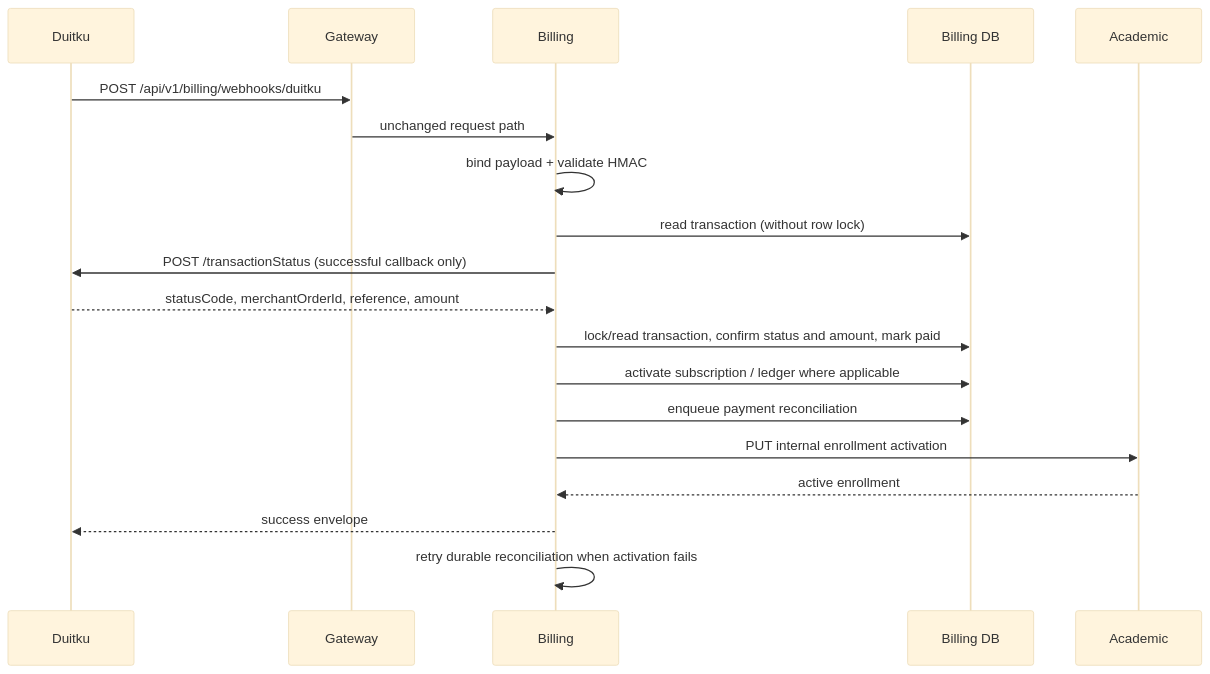
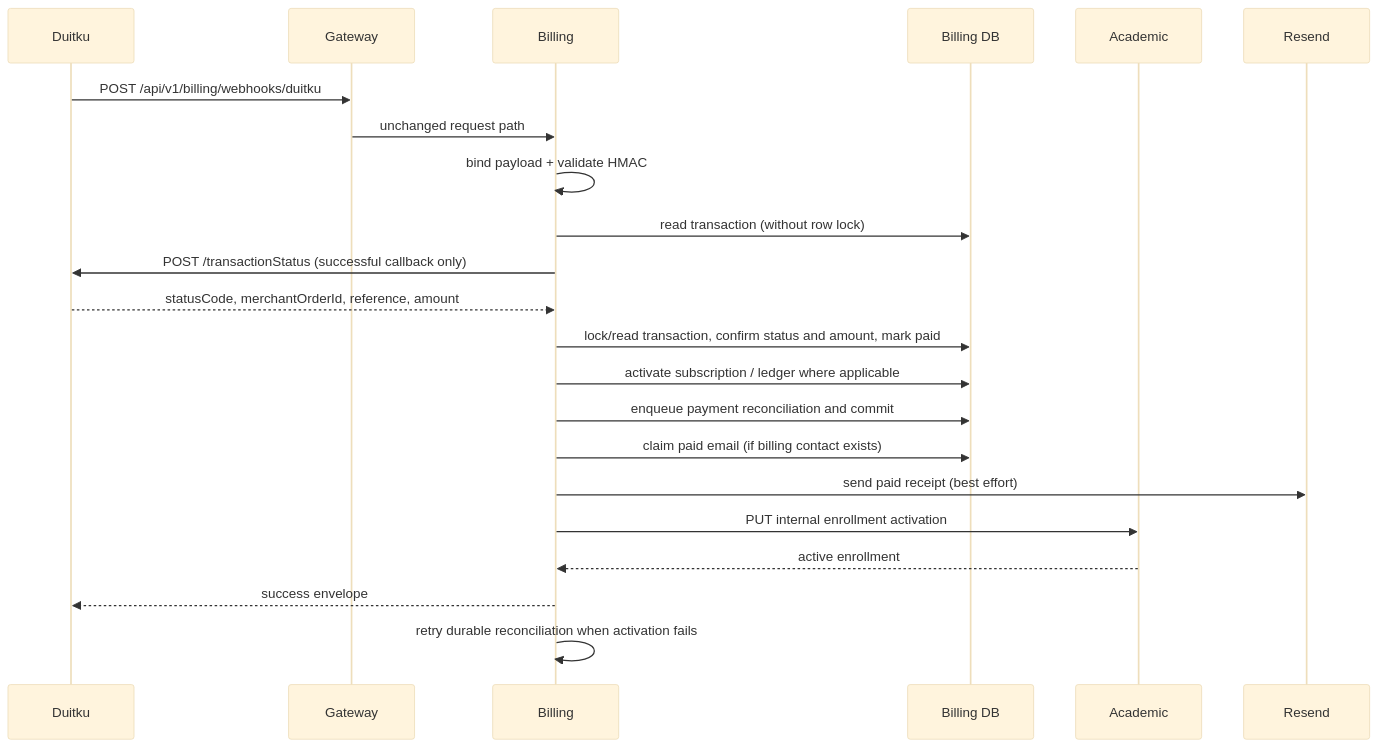
The first of 4 diagrams in docs/flows/payment-callback.md (kelolakelas/kelolakelas-docs), drawn with Mermaid (base theme) before and after one commit. The commit also changed other lines of this file and 4 other files, not shown here.

````diff
--- a/docs/flows/payment-callback.md
+++ b/docs/flows/payment-callback.md
@@ -3,21 +3,24 @@
 ```mermaid
 sequenceDiagram
   participant D as Duitku
   participant G as Gateway
   participant B as Billing
   participant DB as Billing DB
   participant A as Academic
+  participant E as Resend
   D->>G: POST /api/v1/billing/webhooks/duitku
   G->>B: unchanged request path
   B->>B: bind payload + validate HMAC
   B->>DB: read transaction (without row lock)
   B->>D: POST /transactionStatus (successful callback only)
   D-->>B: statusCode, merchantOrderId, reference, amount
   B->>DB: lock/read transaction, confirm status and amount, mark paid
   B->>DB: activate subscription / ledger where applicable
-  B->>DB: enqueue payment reconciliation
+  B->>DB: enqueue payment reconciliation and commit
+  B->>DB: claim paid email (if billing contact exists)
+  B->>E: send paid receipt (best effort)
   B->>A: PUT internal enrollment activation
   A-->>B: active enrollment
   B-->>D: success envelope
   B->>B: retry durable reconciliation when activation fails
 ```
````
